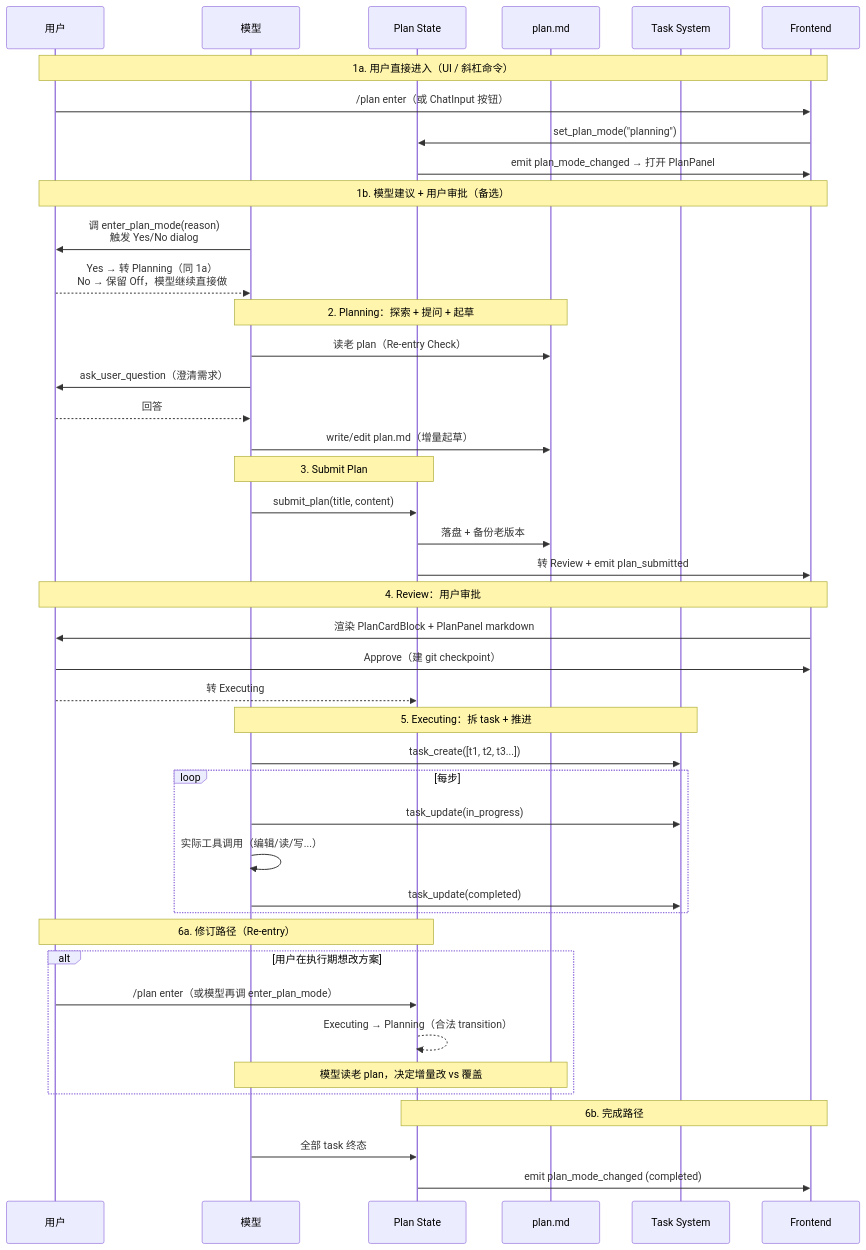
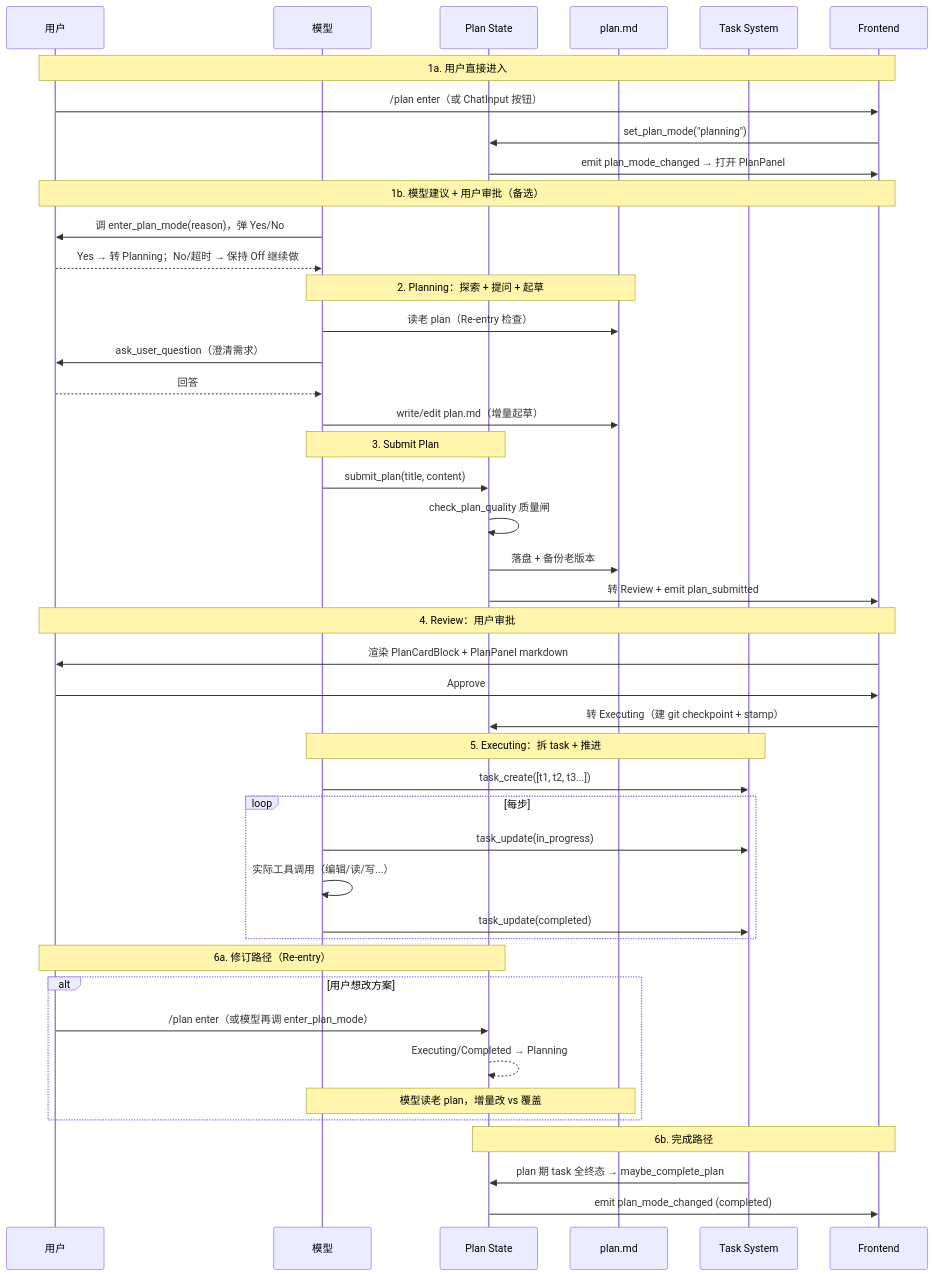
Before and after one commit to shiwenwen/hope-agent: the seventh of 7 diagrams in docs/architecture/plan-mode.md, drawn with Mermaid. The commit also changed other lines of this file and 11 other files, not shown here.

First line of the commit message:
🦭docs: 第四批 12 篇按新标准重做（local-model-loading/context-compact/automation-model/artifacts/agent-config/plan-mode/hooks/goal/knowledge-base/agent-team/subagent/domain-workflow）

````diff
--- a/docs/architecture/plan-mode.md
+++ b/docs/architecture/plan-mode.md
@@ -251,53 +390,54 @@
 ```mermaid
 sequenceDiagram
     participant U as 用户
     participant M as 模型
     participant P as Plan State
     participant FS as plan.md
     participant T as Task System
     participant UI as Frontend
 
-    Note over U,UI: 1a. 用户直接进入（UI / 斜杠命令）
+    Note over U,UI: 1a. 用户直接进入
     U->>UI: /plan enter（或 ChatInput 按钮）
     UI->>P: set_plan_mode("planning")
     P->>UI: emit plan_mode_changed → 打开 PlanPanel
 
     Note over U,UI: 1b. 模型建议 + 用户审批（备选）
-    M->>U: 调 enter_plan_mode(reason)<br/>触发 Yes/No dialog
-    U-->>M: Yes → 转 Planning（同 1a）<br/>No → 保留 Off，模型继续直接做
+    M->>U: 调 enter_plan_mode(reason)，弹 Yes/No
+    U-->>M: Yes → 转 Planning；No/超时 → 保持 Off 继续做
 
     Note over M,FS: 2. Planning：探索 + 提问 + 起草
-    M->>FS: 读老 plan（Re-entry Check）
+    M->>FS: 读老 plan（Re-entry 检查）
     M->>U: ask_user_question（澄清需求）
     U-->>M: 回答
     M->>FS: write/edit plan.md（增量起草）
 
     Note over M,P: 3. Submit Plan
     M->>P: submit_plan(title, content)
+    P->>P: check_plan_quality 质量闸
     P->>FS: 落盘 + 备份老版本
     P->>UI: 转 Review + emit plan_submitted
 
     Note over U,UI: 4. Review：用户审批
     UI->>U: 渲染 PlanCardBlock + PlanPanel markdown
-    U->>UI: Approve（建 git checkpoint）
-    U-->>P: 转 Executing
+    U->>UI: Approve
+    UI->>P: 转 Executing（建 git checkpoint + stamp）
 
     Note over M,T: 5. Executing：拆 task + 推进
     M->>T: task_create([t1, t2, t3...])
     loop 每步
         M->>T: task_update(in_progress)
         M->>M: 实际工具调用（编辑/读/写...）
         M->>T: task_update(completed)
     end
 
     Note over U,P: 6a. 修订路径（Re-entry）
-    alt 用户在执行期想改方案
+    alt 用户想改方案
         U->>P: /plan enter（或模型再调 enter_plan_mode）
-        P-->>P: Executing → Planning（合法 transition）
-        Note over M,FS: 模型读老 plan，决定增量改 vs 覆盖
+        P-->>P: Executing/Completed → Planning
+        Note over M,FS: 模型读老 plan，增量改 vs 覆盖
     end
 
     Note over P,UI: 6b. 完成路径
-    M->>P: 全部 task 终态
+    T->>P: plan 期 task 全终态 → maybe_complete_plan
     P->>UI: emit plan_mode_changed (completed)
 ```
````
